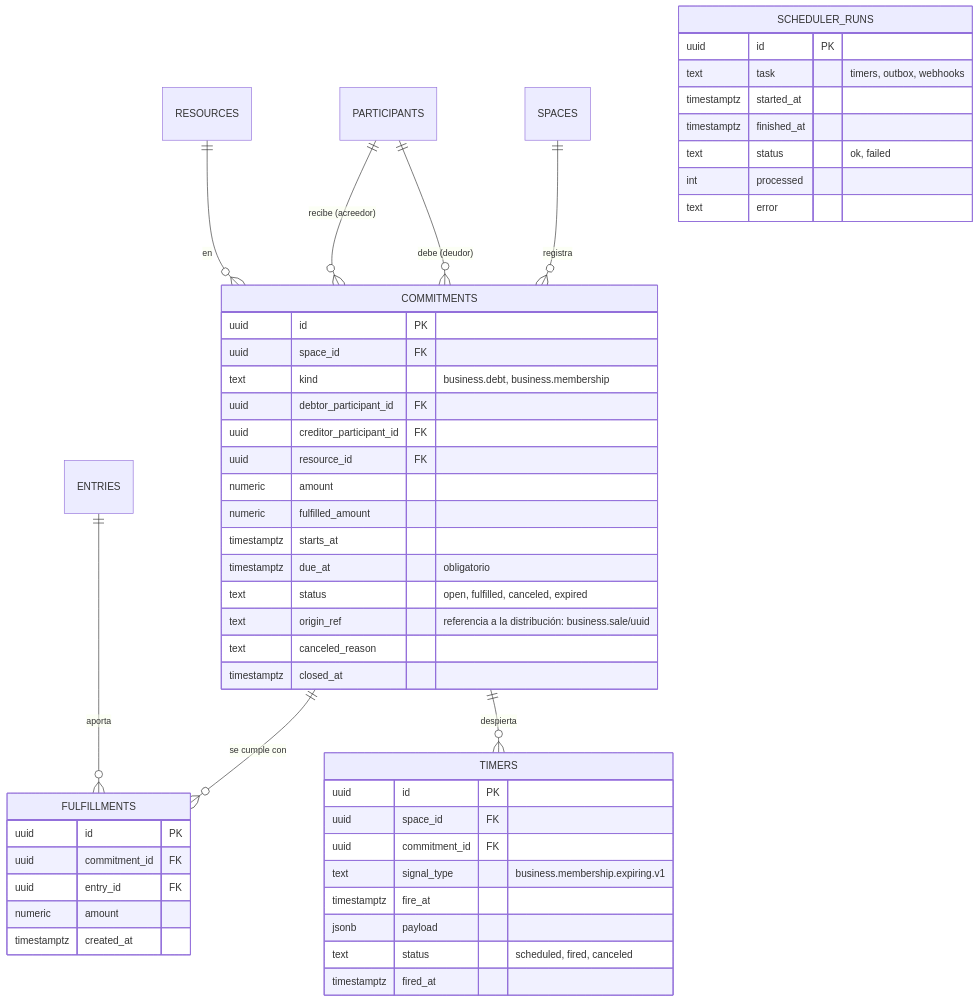
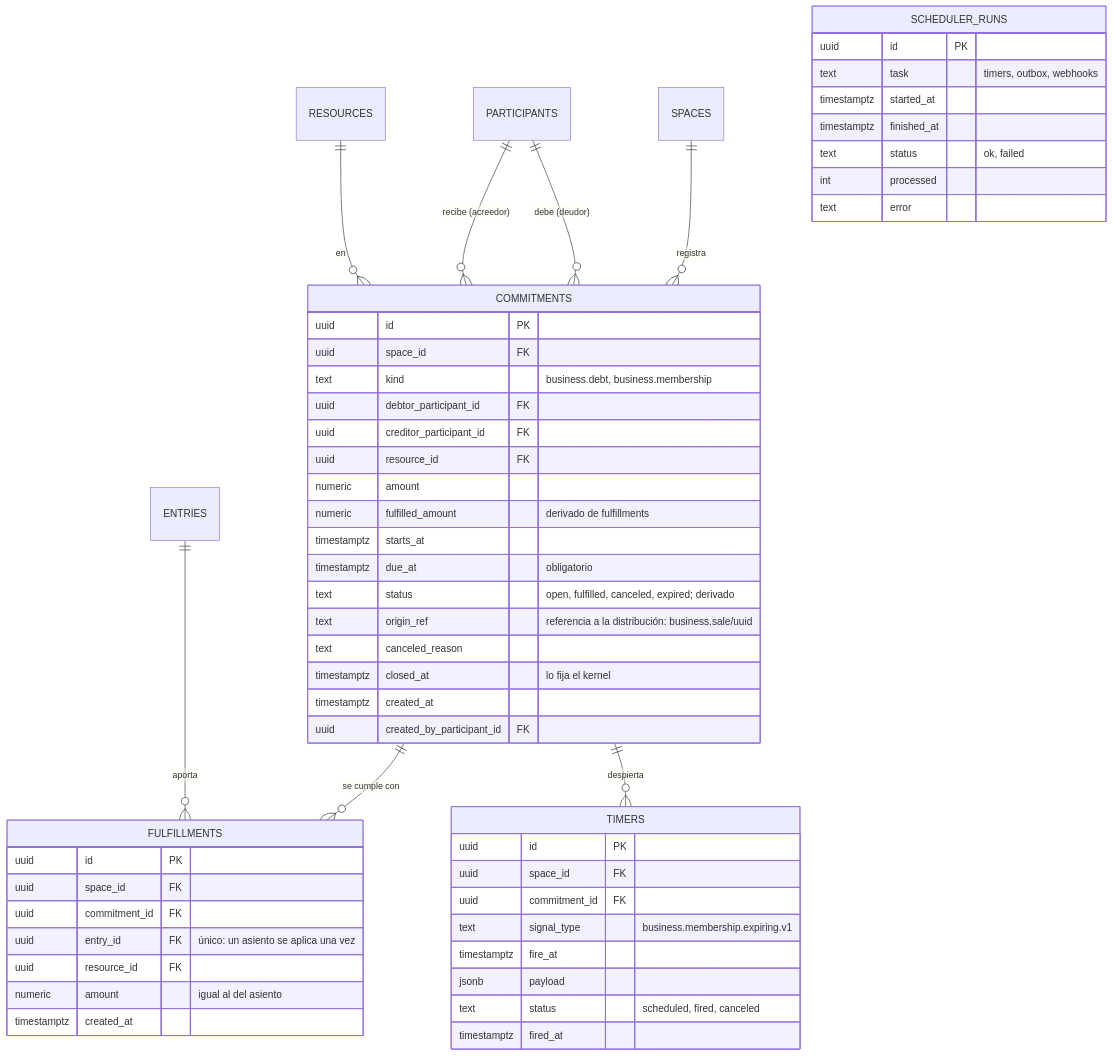
One commit to NexusThrive/nexusthrive changed the third of 4 diagrams in docs/02-arquitectura/modelo-de-datos/kernel.md. Above: the diagram before and after it, drawn with Mermaid. The commit also changed other lines of this file and 5 other files, not shown here.

````diff
--- a/docs/02-arquitectura/modelo-de-datos/kernel.md
+++ b/docs/02-arquitectura/modelo-de-datos/kernel.md
@@ -216,53 +216,57 @@
 ```mermaid
 erDiagram
     SPACES ||--o{ COMMITMENTS : "registra"
     PARTICIPANTS ||--o{ COMMITMENTS : "debe (deudor)"
     PARTICIPANTS ||--o{ COMMITMENTS : "recibe (acreedor)"
     RESOURCES ||--o{ COMMITMENTS : "en"
     COMMITMENTS ||--o{ FULFILLMENTS : "se cumple con"
     ENTRIES ||--o{ FULFILLMENTS : "aporta"
     COMMITMENTS ||--o{ TIMERS : "despierta"
 
     COMMITMENTS {
         uuid id PK
         uuid space_id FK
         text kind "business.debt, business.membership"
         uuid debtor_participant_id FK
         uuid creditor_participant_id FK
         uuid resource_id FK
         numeric amount
-        numeric fulfilled_amount
+        numeric fulfilled_amount "derivado de fulfillments"
         timestamptz starts_at
         timestamptz due_at "obligatorio"
-        text status "open, fulfilled, canceled, expired"
+        text status "open, fulfilled, canceled, expired; derivado"
         text origin_ref "referencia a la distribución: business.sale/uuid"
         text canceled_reason
-        timestamptz closed_at
+        timestamptz closed_at "lo fija el kernel"
+        timestamptz created_at
+        uuid created_by_participant_id FK
     }
     FULFILLMENTS {
         uuid id PK
+        uuid space_id FK
         uuid commitment_id FK
-        uuid entry_id FK
-        numeric amount
+        uuid entry_id FK "único: un asiento se aplica una vez"
+        uuid resource_id FK
+        numeric amount "igual al del asiento"
         timestamptz created_at
     }
     TIMERS {
         uuid id PK
         uuid space_id FK
         uuid commitment_id FK
         text signal_type "business.membership.expiring.v1"
         timestamptz fire_at
         jsonb payload
         text status "scheduled, fired, canceled"
         timestamptz fired_at
     }
     SCHEDULER_RUNS {
         uuid id PK
         text task "timers, outbox, webhooks"
         timestamptz started_at
         timestamptz finished_at
         text status "ok, failed"
         int processed
         text error
     }
 ```
````
